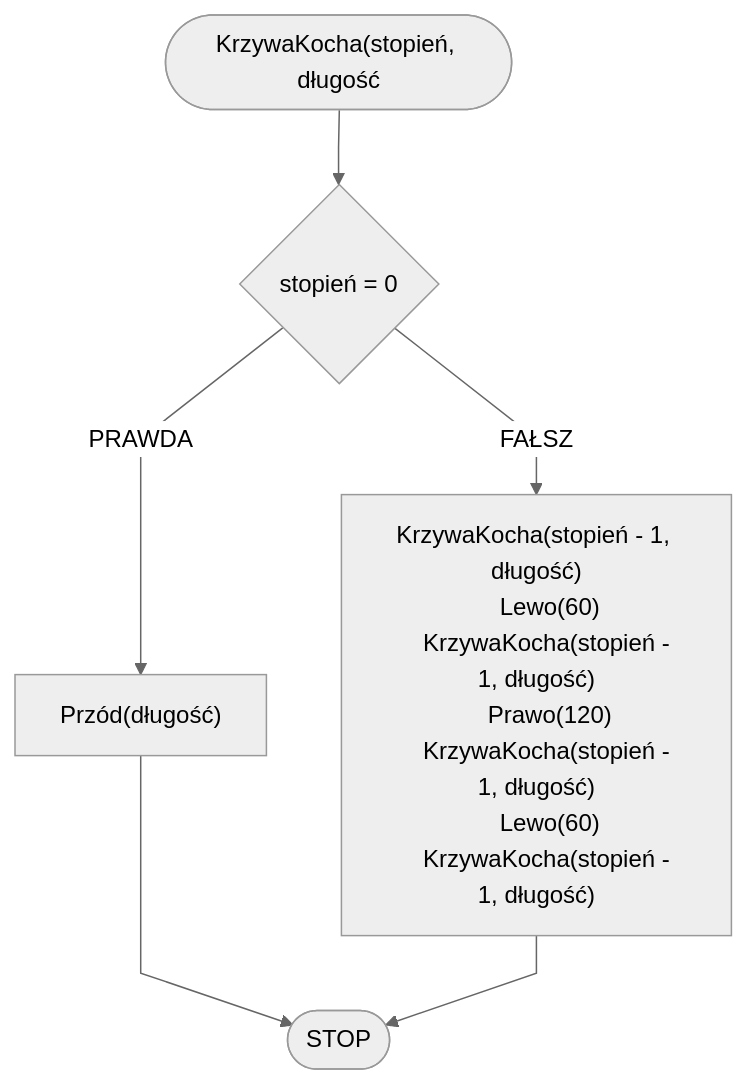
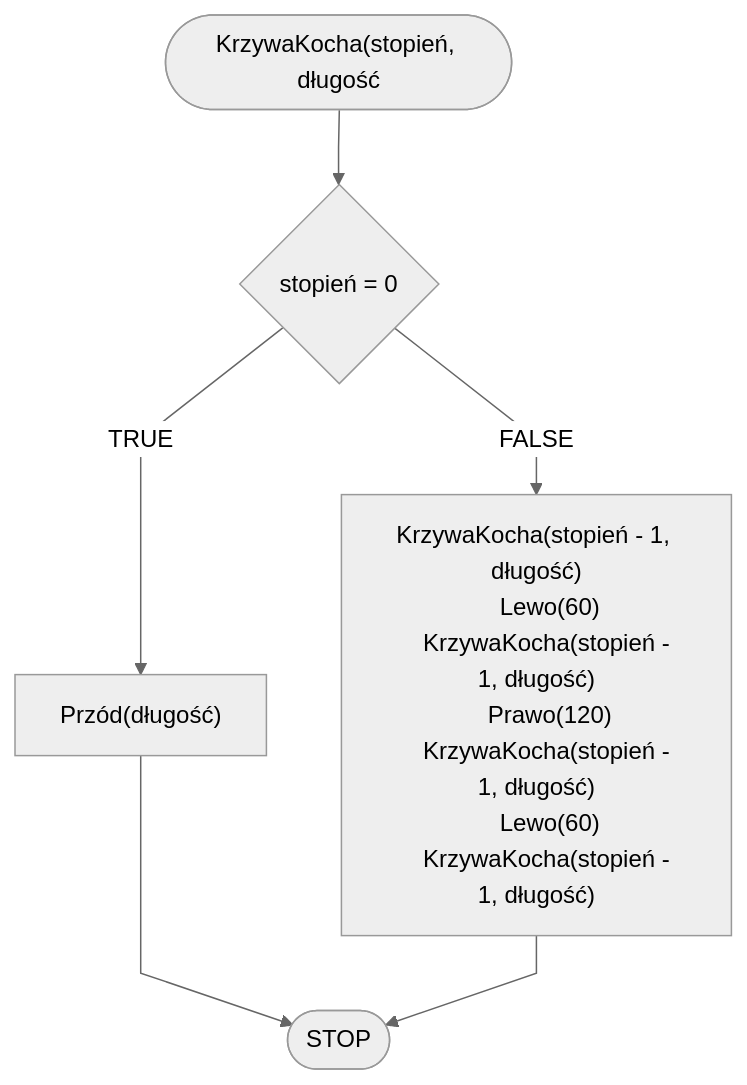
The diagram in docs/algorithms/fractals/koch-curve.md (blackbat13/edu-cs-htiew-en), drawn with Mermaid before and after one commit. The commit also changed other lines of this file and 682 other files, not shown here.

````diff
--- a/docs/algorithms/fractals/koch-curve.md
+++ b/docs/algorithms/fractals/koch-curve.md
@@ -36,15 +36,15 @@
 ```mermaid
 %%{init: {"flowchart": {"curve": "linear"}, "theme": "neutral"} }%%
 flowchart TD
     START(["KrzywaKocha(stopień, długość"]) --> K1{stopień = 0}
-    K1 -- PRAWDA --> K2["Przód(długość)"]
+    K1 -- TRUE --> K2["Przód(długość)"]
     K2 --> STOP([STOP])
-    K1 -- FAŁSZ --> K4["KrzywaKocha(stopień - 1, długość)
+    K1 -- FALSE --> K4["KrzywaKocha(stopień - 1, długość)
     Lewo(60)
     KrzywaKocha(stopień - 1, długość)
     Prawo(120)
     KrzywaKocha(stopień - 1, długość)
     Lewo(60)
     KrzywaKocha(stopień - 1, długość)"]
     K4 --> STOP
 ```
````
